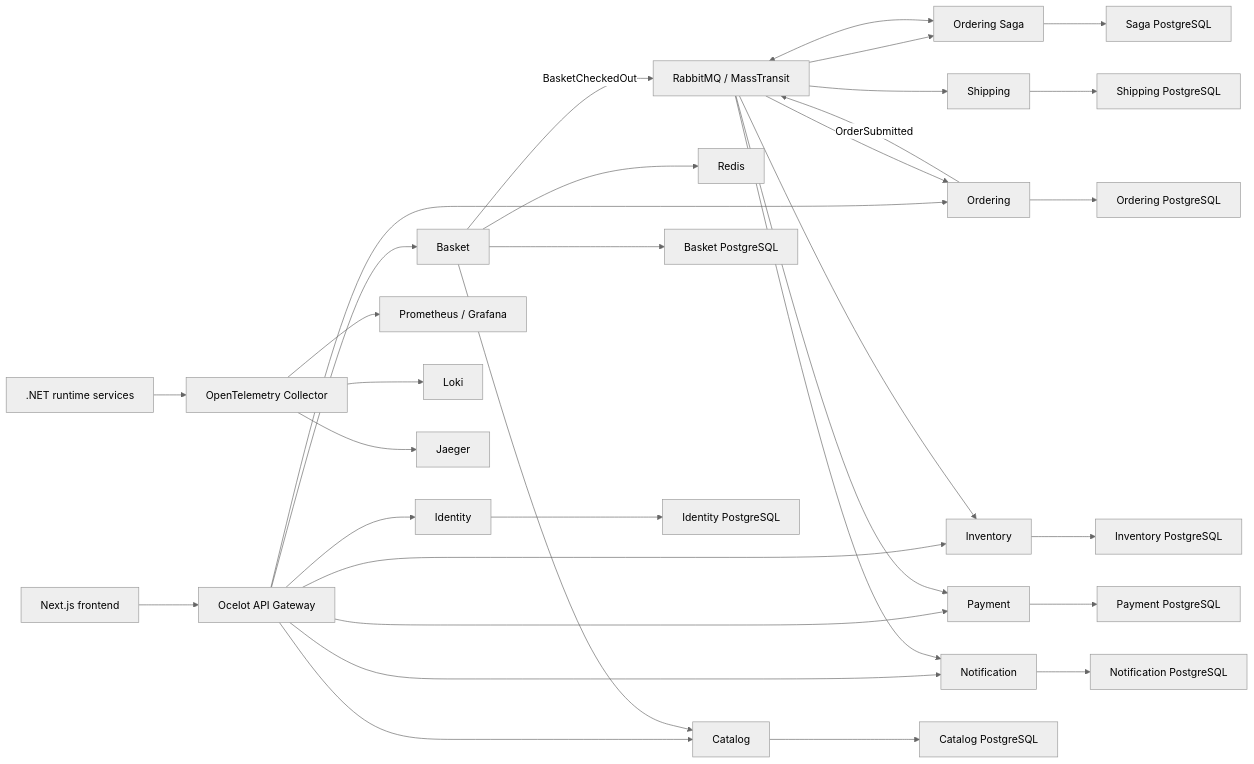
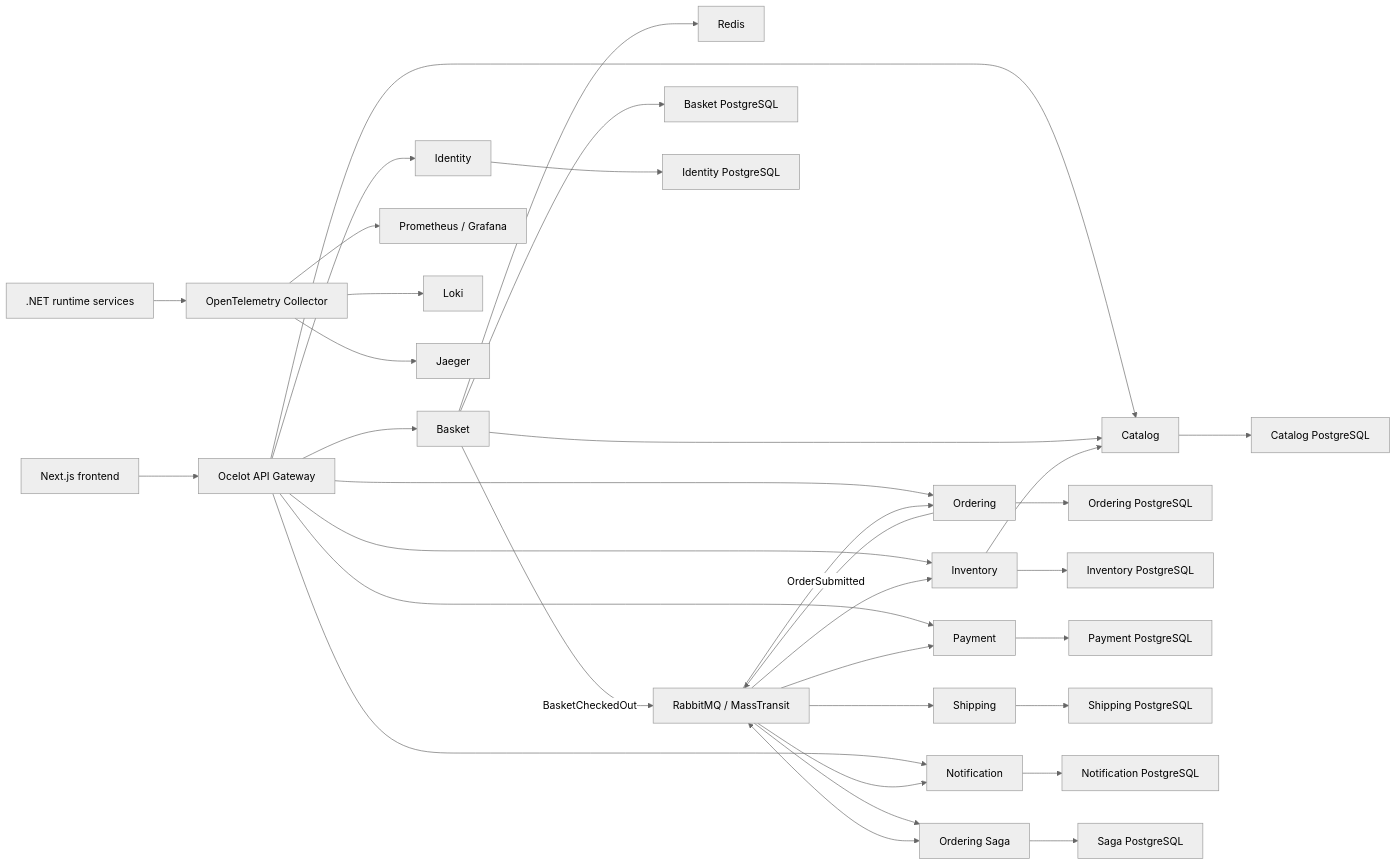
The diagram in README.md (deniz1976/ecommerce-microservices), drawn with Mermaid (neutral theme) before and after one commit. The commit also changed other lines of this file and 329 other files, not shown here.

````diff
--- a/README.md
+++ b/README.md
@@ -39,39 +43,40 @@
 ```mermaid
 flowchart LR
     Browser["Next.js frontend"] --> Gateway["Ocelot API Gateway"]
     Gateway --> Catalog["Catalog"]
     Gateway --> Basket["Basket"]
     Gateway --> Ordering["Ordering"]
     Gateway --> Inventory["Inventory"]
     Gateway --> Payment["Payment"]
     Gateway --> Notification["Notification"]
     Gateway --> Identity["Identity"]
 
     Basket --> Redis["Redis"]
     Basket --> Catalog
+    Inventory --> Catalog
 
     Basket -- "BasketCheckedOut" --> Broker["RabbitMQ / MassTransit"]
     Broker --> Ordering
     Ordering -- "OrderSubmitted" --> Broker
     Broker --> Saga["Ordering Saga"]
     Saga <--> Broker
     Broker --> Inventory
     Broker --> Payment
     Broker --> Shipping["Shipping"]
     Broker --> Notification
 
     Catalog --> CatalogDb["Catalog PostgreSQL"]
     Basket --> BasketDb["Basket PostgreSQL"]
     Ordering --> OrderingDb["Ordering PostgreSQL"]
     Inventory --> InventoryDb["Inventory PostgreSQL"]
     Payment --> PaymentDb["Payment PostgreSQL"]
     Shipping --> ShippingDb["Shipping PostgreSQL"]
     Notification --> NotificationDb["Notification PostgreSQL"]
     Identity --> IdentityDb["Identity PostgreSQL"]
     Saga --> SagaDb["Saga PostgreSQL"]
 
     Services[".NET runtime services"] --> Collector["OpenTelemetry Collector"]
     Collector --> Prometheus["Prometheus / Grafana"]
     Collector --> Loki["Loki"]
     Collector --> Jaeger["Jaeger"]
 ```
````
